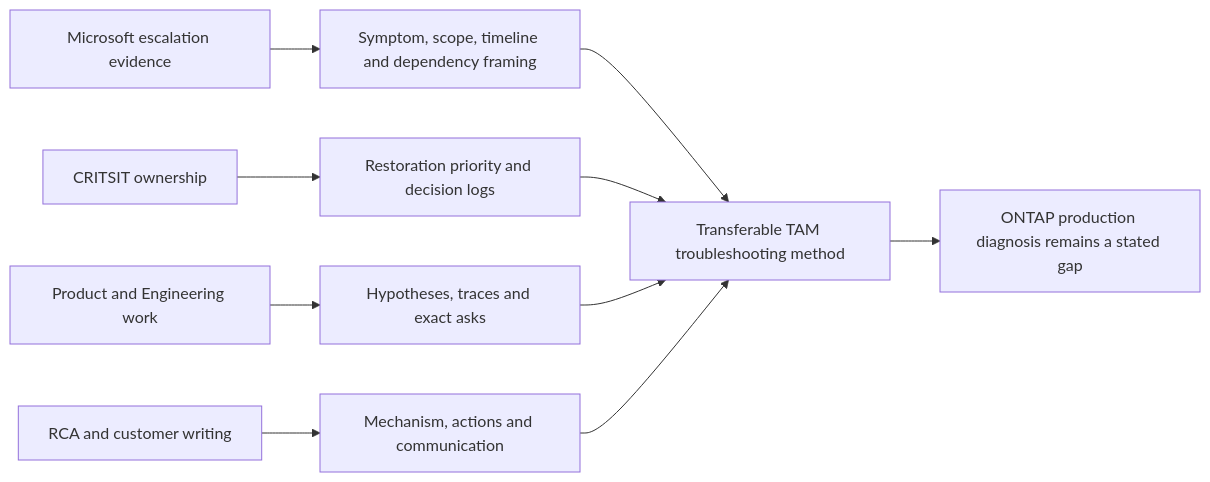
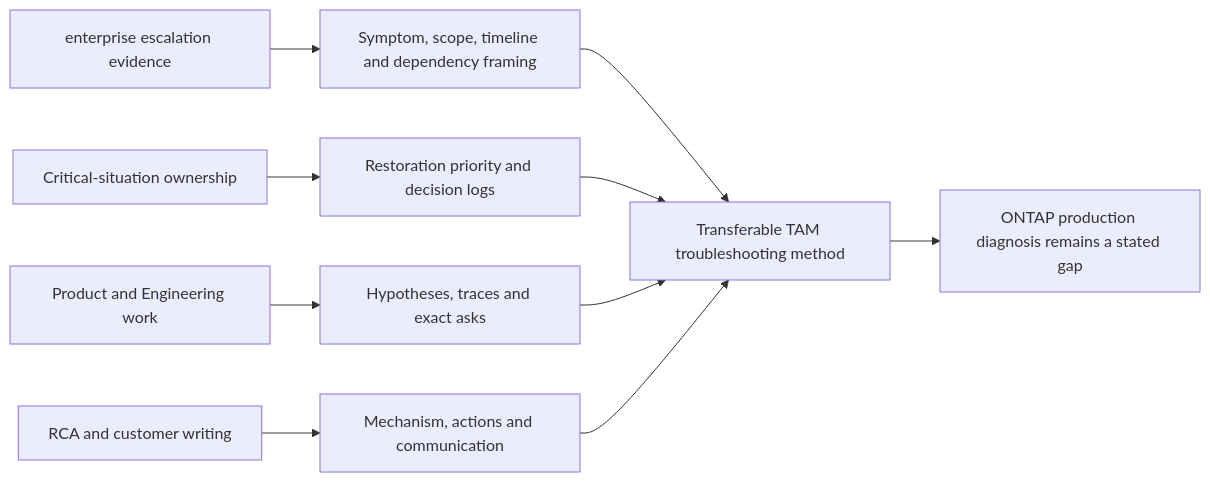
Before and after one commit to hichauhan-in/Interview-Prep: diagram 22 of 22 in NetApp TAM/prep/Part-71-structured-troubleshooting-rca.md, drawn with Mermaid. The commit also changed other lines of this file and 493 other files, not shown here.

````diff
--- a/NetApp TAM/prep/Part-71-structured-troubleshooting-rca.md
+++ b/NetApp TAM/prep/Part-71-structured-troubleshooting-rca.md
@@ -763,12 +763,12 @@
 ```mermaid
 flowchart LR
-    MS[Microsoft escalation evidence] --> FRAME[Symptom, scope, timeline and dependency framing]
-    CRIT[CRITSIT ownership] --> REST[Restoration priority and decision logs]
+    MS[enterprise escalation evidence] --> FRAME[Symptom, scope, timeline and dependency framing]
+    CRIT[Critical-situation ownership] --> REST[Restoration priority and decision logs]
     ENG[Product and Engineering work] --> HYP[Hypotheses, traces and exact asks]
     RCAW[RCA and customer writing] --> RCA[Mechanism, actions and communication]
     FRAME --> TAM[Transferable TAM troubleshooting method]
     REST --> TAM
     HYP --> TAM
     RCA --> TAM
     TAM --> GAP[ONTAP production diagnosis remains a stated gap]
 ```
````
